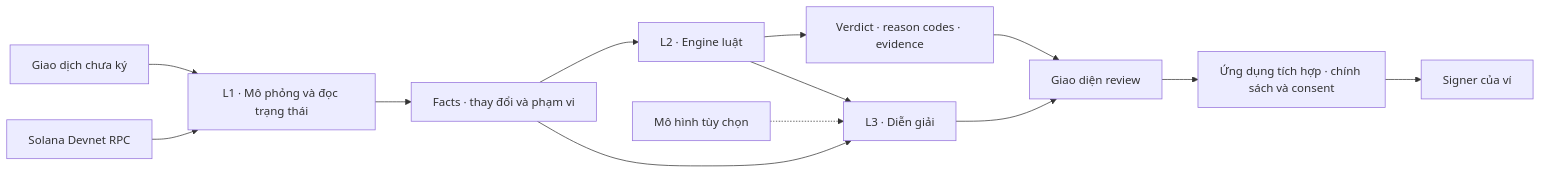
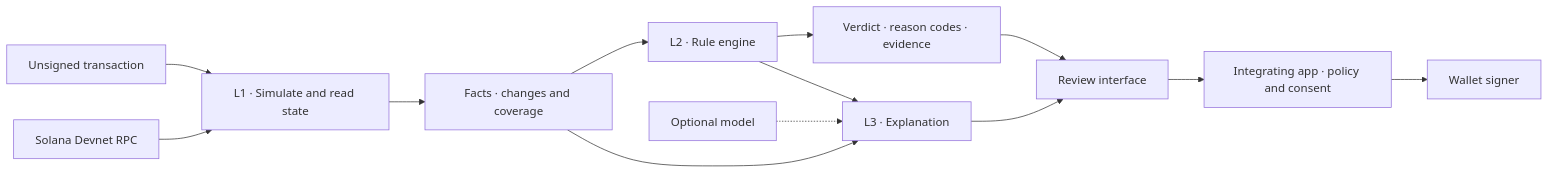
The diagram in README.md (NeitLN/Custos-Solana), drawn with Mermaid before and after one commit. The commit also changed other lines of this file and 22 other files, not shown here.

````diff
--- a/README.md
+++ b/README.md
@@ -85,15 +85,15 @@
 ```mermaid
 flowchart LR
-    TX["Giao dịch chưa ký"] --> L1["L1 · Mô phỏng và đọc trạng thái"]
+    TX["Unsigned transaction"] --> L1["L1 · Simulate and read state"]
     RPC["Solana Devnet RPC"] --> L1
-    L1 --> F["Facts · thay đổi và phạm vi"]
-    F --> L2["L2 · Engine luật"]
+    L1 --> F["Facts · changes and coverage"]
+    F --> L2["L2 · Rule engine"]
     L2 --> V["Verdict · reason codes · evidence"]
-    F --> L3["L3 · Diễn giải"]
+    F --> L3["L3 · Explanation"]
     L2 --> L3
-    AI["Mô hình tùy chọn"] -.-> L3
-    V --> UI["Giao diện review"]
+    AI["Optional model"] -.-> L3
+    V --> UI["Review interface"]
     L3 --> UI
-    UI --> C["Ứng dụng tích hợp · chính sách và consent"]
-    C --> S["Signer của ví"]
+    UI --> C["Integrating app · policy and consent"]
+    C --> S["Wallet signer"]
 ```
````
